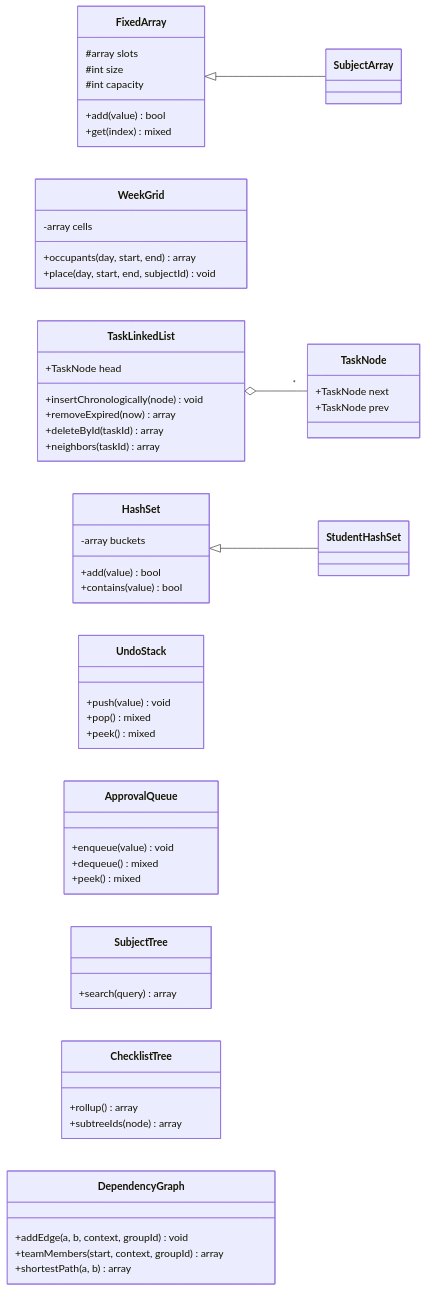
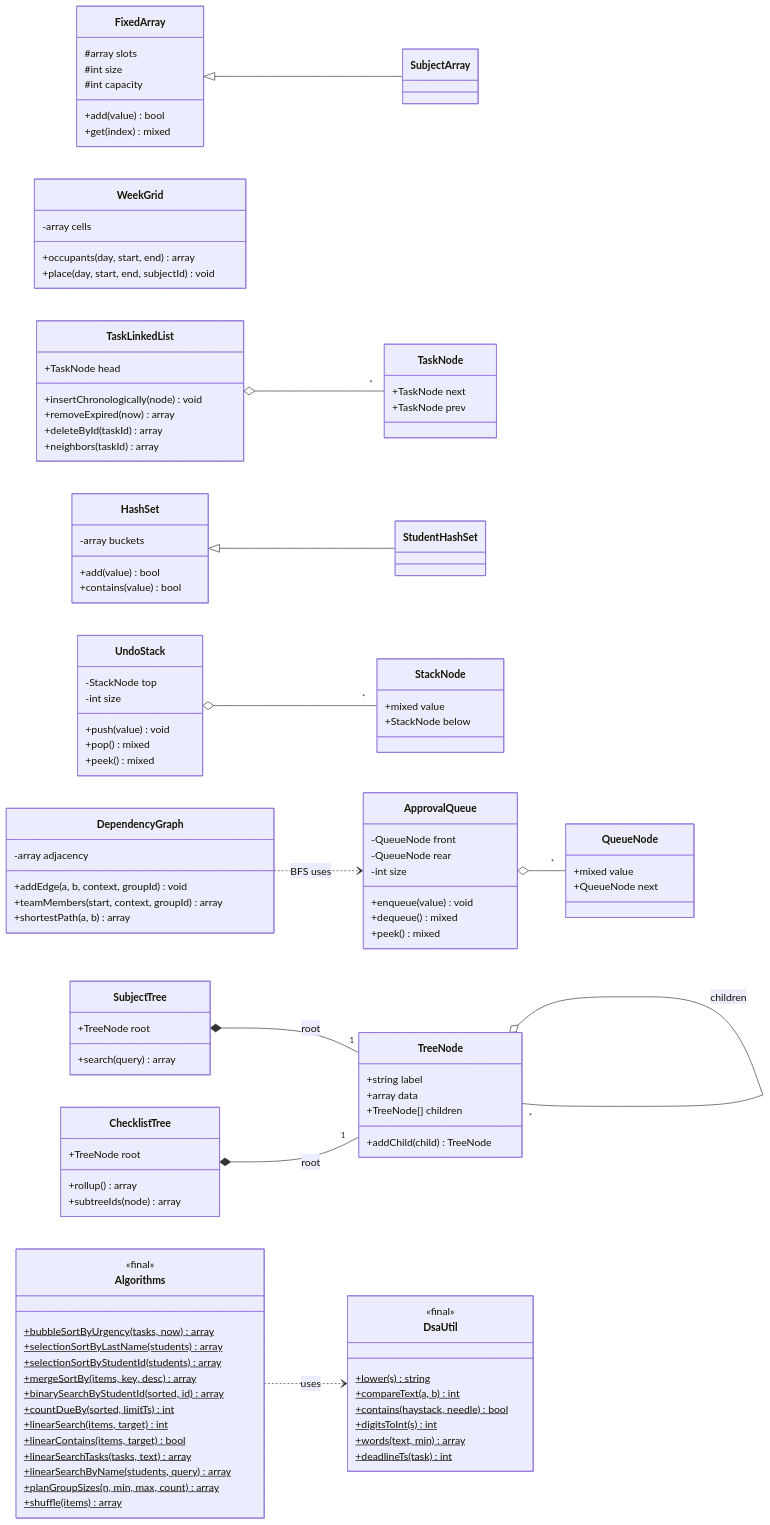
Before and after one commit to rcldvmnl/AcadSync: the sixth of 6 diagrams in docs/CLASS_DIAGRAM.md, drawn with Mermaid. The commit also changed other lines of this file and 50 other files, not shown here.

````diff
--- a/docs/CLASS_DIAGRAM.md
+++ b/docs/CLASS_DIAGRAM.md
@@ -334,25 +413,78 @@
     class StudentHashSet
     HashSet <|-- StudentHashSet
     class UndoStack {
+        -StackNode top
+        -int size
         +push(value) void
         +pop() mixed
         +peek() mixed
     }
+    class StackNode {
+        +mixed value
+        +StackNode below
+    }
+    UndoStack o-- "*" StackNode
     class ApprovalQueue {
+        -QueueNode front
+        -QueueNode rear
+        -int size
         +enqueue(value) void
         +dequeue() mixed
         +peek() mixed
     }
+    class QueueNode {
+        +mixed value
+        +QueueNode next
+    }
+    ApprovalQueue o-- "*" QueueNode
+    class TreeNode {
+        +string label
+        +array data
+        +TreeNode[] children
+        +addChild(child) TreeNode
+    }
     class SubjectTree {
+        +TreeNode root
         +search(query) array
     }
     class ChecklistTree {
+        +TreeNode root
         +rollup() array
         +subtreeIds(node) array
     }
+    SubjectTree *-- "1" TreeNode : root
+    ChecklistTree *-- "1" TreeNode : root
+    TreeNode o-- "*" TreeNode : children
     class DependencyGraph {
+        -array adjacency
         +addEdge(a, b, context, groupId) void
         +teamMembers(start, context, groupId) array
         +shortestPath(a, b) array
     }
+    DependencyGraph ..> ApprovalQueue : BFS uses
+    class Algorithms {
+        <<final>>
+        +bubbleSortByUrgency(tasks, now)$ array
+        +selectionSortByLastName(students)$ array
+        +selectionSortByStudentId(students)$ array
+        +mergeSortBy(items, key, desc)$ array
+        +binarySearchByStudentId(sorted, id)$ array
+        +countDueBy(sorted, limitTs)$ int
+        +linearSearch(items, target)$ int
+        +linearContains(items, target)$ bool
+        +linearSearchTasks(tasks, text)$ array
+        +linearSearchByName(students, query)$ array
+        +planGroupSizes(n, min, max, count)$ array
+        +shuffle(items)$ array
+    }
+    class DsaUtil {
+        <<final>>
+        +lower(s)$ string
+        +compareText(a, b)$ int
+        +contains(haystack, needle)$ bool
+        +digitsToInt(s)$ int
+        +words(text, min)$ array
+        +deadlineTs(task)$ int
+    }
+    Algorithms ..> DsaUtil : uses
 ```
````
